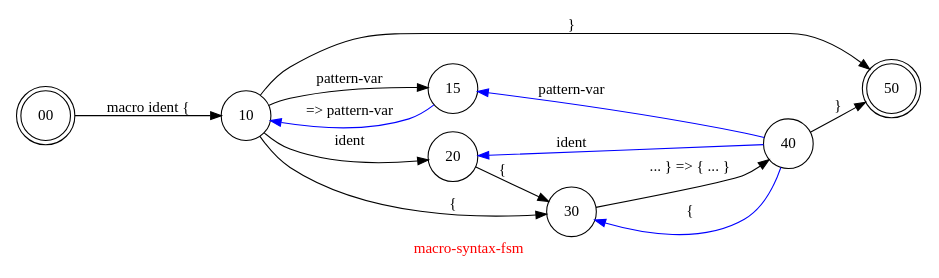
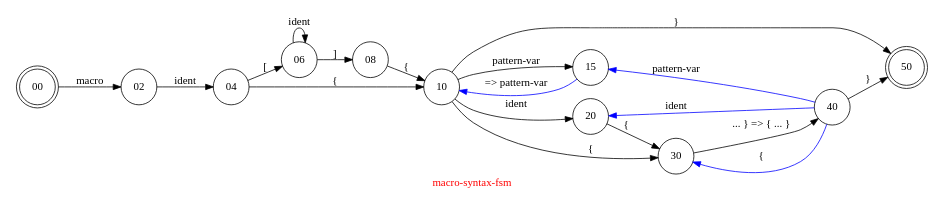
Before and after one commit to Ayyzee/dakota: the diagram in src/macro-system-parser/macro-syntax-fsm.dot, drawn with Graphviz. The commit also changed 1 other file, not shown here.

Commit message:
Updated src/macro-system-parser/macro-syntax-fsm.dot to include 'before' macro sequence.

```diff
--- a/src/macro-system-parser/macro-syntax-fsm.dot
+++ b/src/macro-system-parser/macro-syntax-fsm.dot
@@ -1,45 +1,51 @@
 // Copyright (C) 2007, 2008 Robert Nielsen <robert@dakota.org>
 //
 // Licensed under the Apache License, Version 2.0 (the "License");
 // you may not use this file except in compliance with the License.
 // You may obtain a copy of the License at
 //
 //      http://www.apache.org/licenses/LICENSE-2.0
 //
 // Unless required by applicable law or agreed to in writing, software
 // distributed under the License is distributed on an "AS IS" BASIS,
 // WITHOUT WARRANTIES OR CONDITIONS OF ANY KIND, either express or implied.
 // See the License for the specific language governing permissions and
 // limitations under the License.
 
 digraph "macro-syntax-fsm"
 {
   graph [ label = "\G", fontcolor = red ];
   graph [ rankdir = "LR",
         center = true,
         size = "7.5,10",
           ];
 
   //node [ shape = circle, label = "", width = 0.25 ];
   // OR
   node [ shape = circle ];
 
   00 [ shape = doublecircle ];
   50 [ shape = doublecircle ];
 
-  00 -> 10 [ label = "macro ident {" ];
+  00 -> 02 [ label = "macro" ];
+  02 -> 04 [ label = "ident" ];
+  04 -> 06 [ label = "[" ];
+  04 -> 10 [ label = "{" ];
+  06 -> 06 [ label = "ident" ];
+  06 -> 08 [ label = "]" ];
+  08 -> 10 [ label = "{" ];
 
   10 -> 15 [ label = "pattern-var" ];
   10 -> 15 [ label = "=> pattern-var", color = blue, dir = back ];
   10 -> 20 [ label = "ident" ];
   10 -> 50 [ label = "}" ];
 
   10 -> 30 [ label = "{" ];
   20 -> 30 [ label = "{" ];
   20 -> 40 [ label = "ident", color = blue, dir = back ];
 
   30 -> 40 [ label = "... } => { ... }" ];
   30 -> 40 [ label = "{", color = blue, dir = back ];
   15 -> 40 [ label = "pattern-var", color = blue, dir = back ];
   40 -> 50 [ label = "}" ];
 }
```
